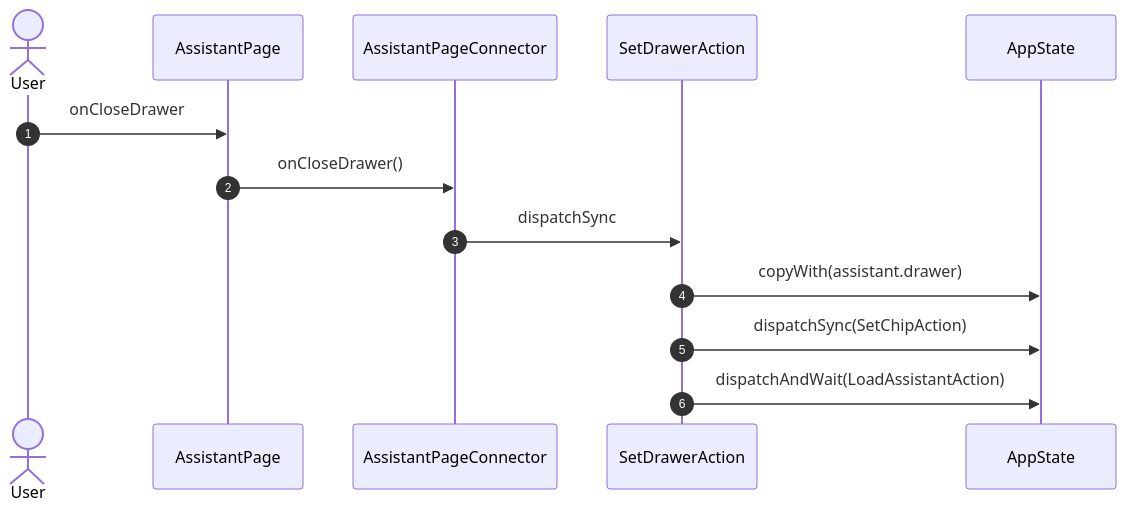
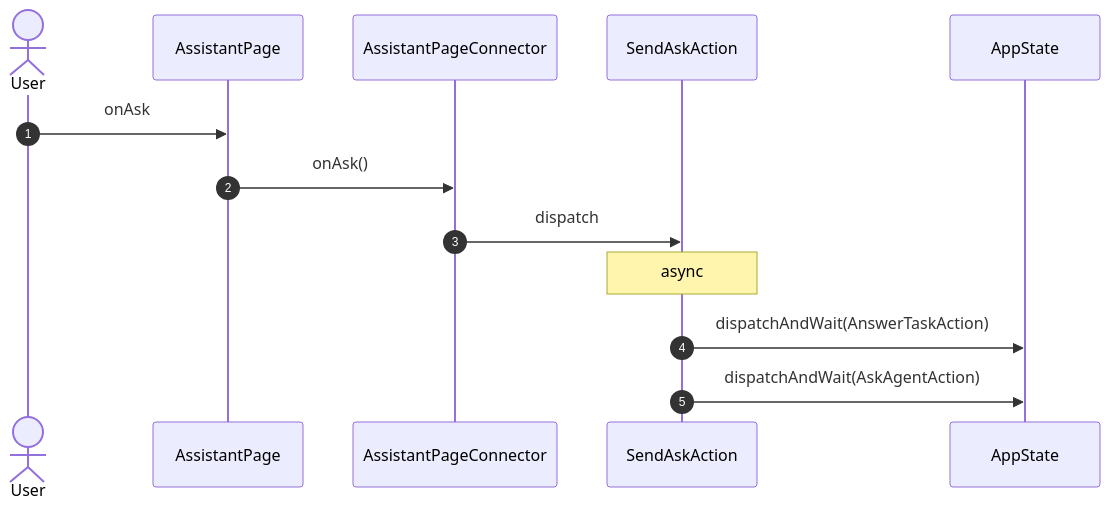
Before and after one commit to gencto/wyrm: diagram 11 of 23 in studio/docs/flows/assistant.md, drawn with Mermaid. The commit also changed other lines of this file and 94 other files, not shown here.

First line of the commit message:
studio: assistant: typed wire, words in ui, one action per intent

````diff
--- a/studio/docs/flows/assistant.md
+++ b/studio/docs/flows/assistant.md
@@ -281,16 +210,16 @@
 ```mermaid
 sequenceDiagram
     autonumber
     actor User
     participant UI as AssistantPage
     participant VM as AssistantPageConnector
-    participant A1 as SetDrawerAction
+    participant A1 as SendAskAction
     participant ST as AppState
 
-    User->>UI: onCloseDrawer
-    UI->>VM: onCloseDrawer()
-    VM->>A1: dispatchSync
-    A1->>ST: copyWith(assistant.drawer)
-    A1->>ST: dispatchSync(SetChipAction)
-    A1->>ST: dispatchAndWait(LoadAssistantAction)
+    User->>UI: onAsk
+    UI->>VM: onAsk()
+    VM->>A1: dispatch
+    Note over A1: async
+    A1->>ST: dispatchAndWait(AnswerTaskAction)
+    A1->>ST: dispatchAndWait(AskAgentAction)
 ```
````
